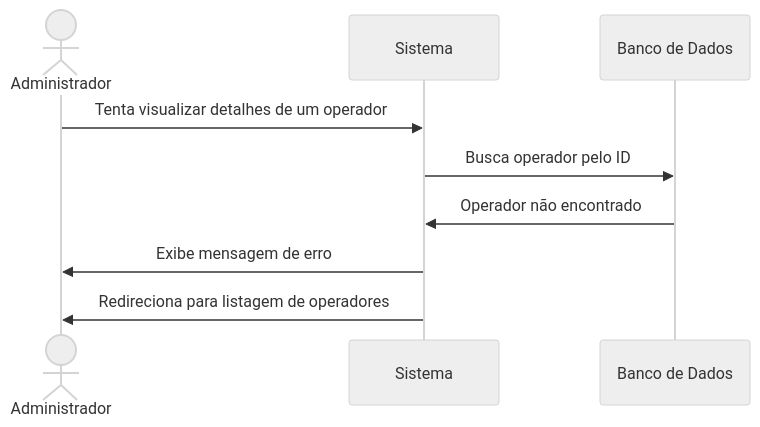
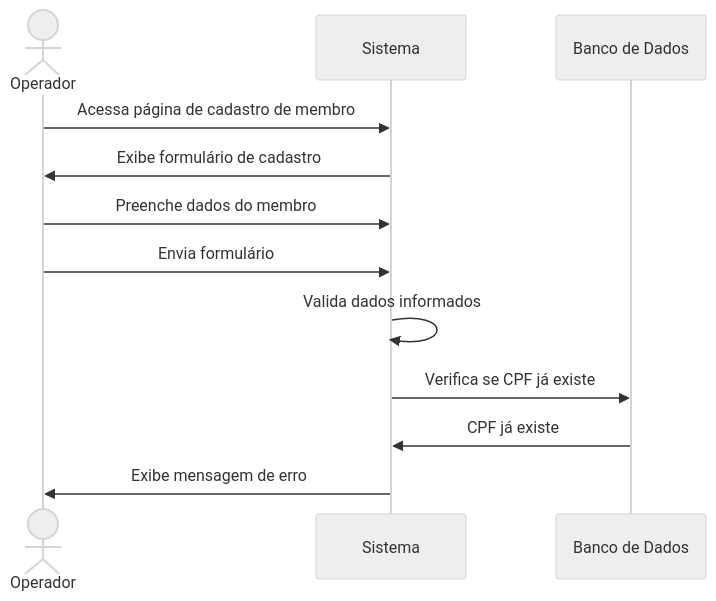
One commit to Bomsalvez/quilombo-docs changed the second of 2 diagrams in Writerside/topics/RF05.md. Above: the diagram before and after it, drawn with Mermaid (neutral theme). The commit also changed other lines of this file and 34 other files, not shown here.

````diff
--- a/Writerside/topics/RF05.md
+++ b/Writerside/topics/RF05.md
@@ -76,12 +85,15 @@
 ```mermaid
 sequenceDiagram
-    actor A as Administrador
+    actor O as Operador
     participant S as Sistema
     participant BD as Banco de Dados
     
-    A->>S: Tenta visualizar detalhes de um operador
-    S->>BD: Busca operador pelo ID
-    BD->>S: Operador não encontrado
-    S->>A: Exibe mensagem de erro
-    S->>A: Redireciona para listagem de operadores
+    O->>S: Acessa página de cadastro de membro
+    S->>O: Exibe formulário de cadastro
+    O->>S: Preenche dados do membro
+    O->>S: Envia formulário
+    S->>S: Valida dados informados
+    S->>BD: Verifica se CPF já existe
+    BD->>S: CPF já existe
+    S->>O: Exibe mensagem de erro
 ```
````
